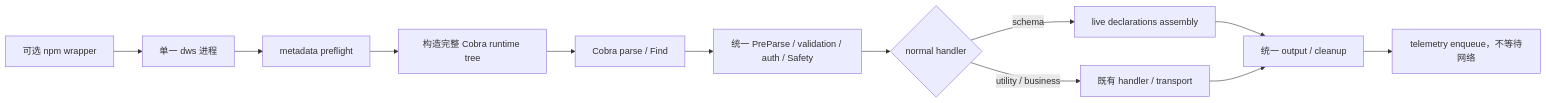
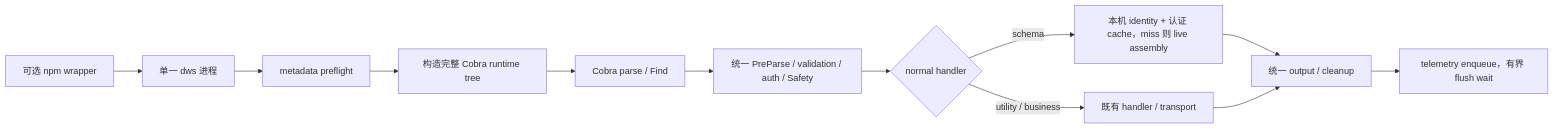
The diagram in docs/design-cli-performance-parity.md (DingTalk-Real-AI/dingtalk-workspace-cli), drawn with Mermaid before and after one commit. The commit also changed other lines of this file and 17 other files, not shown here.

First line of the commit message:
fix: restore local Schema cache identity without compile-time seal

````diff
--- a/docs/design-cli-performance-parity.md
+++ b/docs/design-cli-performance-parity.md
@@ -11,14 +11,14 @@
 ```mermaid
 flowchart LR
     W[可选 npm wrapper] --> D[单一 dws 进程]
     D --> I[metadata preflight]
     I --> T[构造完整 Cobra runtime tree]
     T --> C[Cobra parse / Find]
     C --> P[统一 PreParse / validation / auth / Safety]
     P --> H{normal handler}
-    H -->|schema| S[live declarations assembly]
+    H -->|schema| S[本机 identity + 认证 cache，miss 则 live assembly]
     H -->|utility / business| B[既有 handler / transport]
     S --> O[统一 output / cleanup]
     B --> O
-    O --> Q[telemetry enqueue，不等待网络]
+    O --> Q[telemetry enqueue，有界 flush wait]
 ```
````
